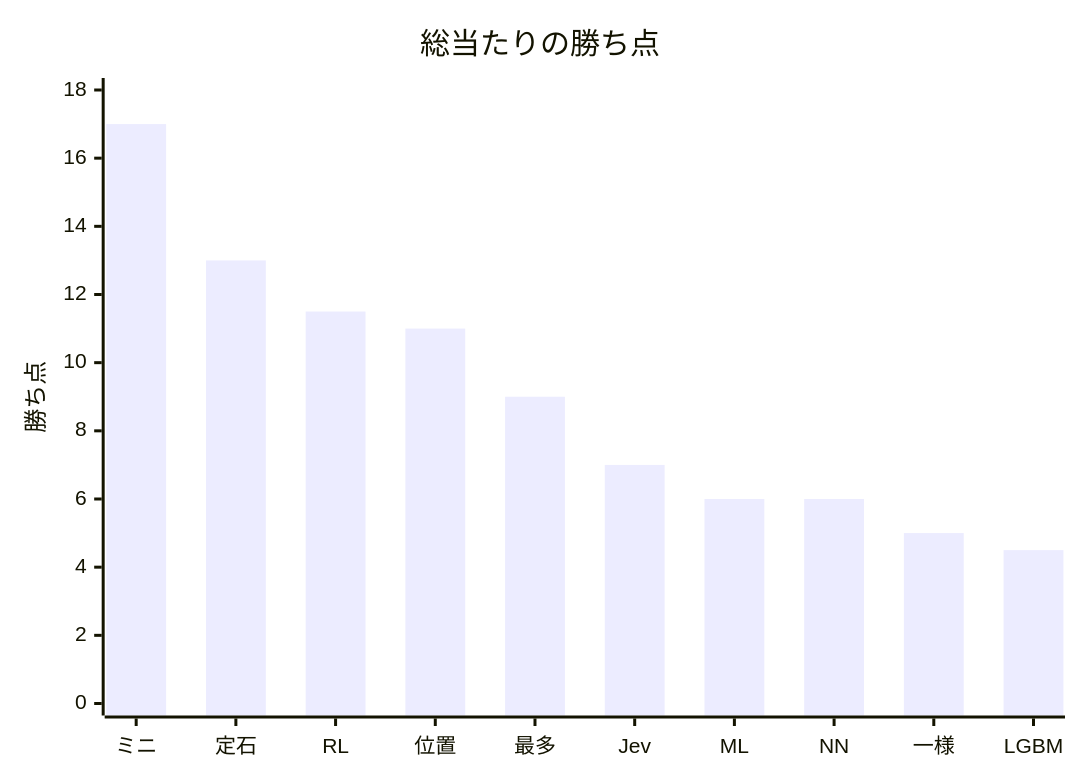
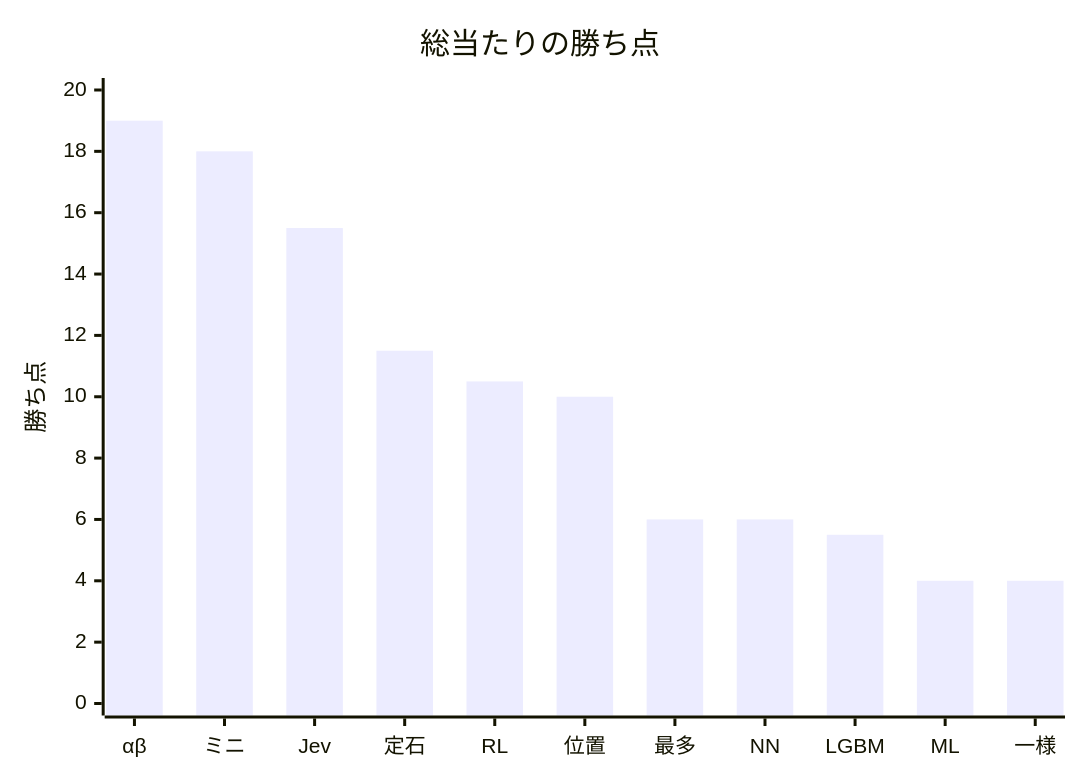
Before and after one commit to gnkm/reversi-ai: the diagram in docs/benchmarks/round-robin.md, drawn with Mermaid. The commit also changed other lines of this file and 3 other files, not shown here.

````diff
--- a/docs/benchmarks/round-robin.md
+++ b/docs/benchmarks/round-robin.md
@@ -36,7 +37,7 @@
 ```mermaid
 xychart-beta
     title "総当たりの勝ち点"
-    x-axis ["ミニ", "定石", "RL", "位置", "最多", "Jev", "ML", "NN", "一様", "LGBM"]
-    y-axis "勝ち点" 0 --> 18
-    bar [17, 13, 11.5, 11, 9, 7, 6, 6, 5, 4.5]
+    x-axis ["αβ", "ミニ", "Jev", "定石", "RL", "位置", "最多", "NN", "LGBM", "ML", "一様"]
+    y-axis "勝ち点" 0 --> 20
+    bar [19, 18, 15.5, 11.5, 10.5, 10, 6, 6, 5.5, 4, 4]
 ```
````
